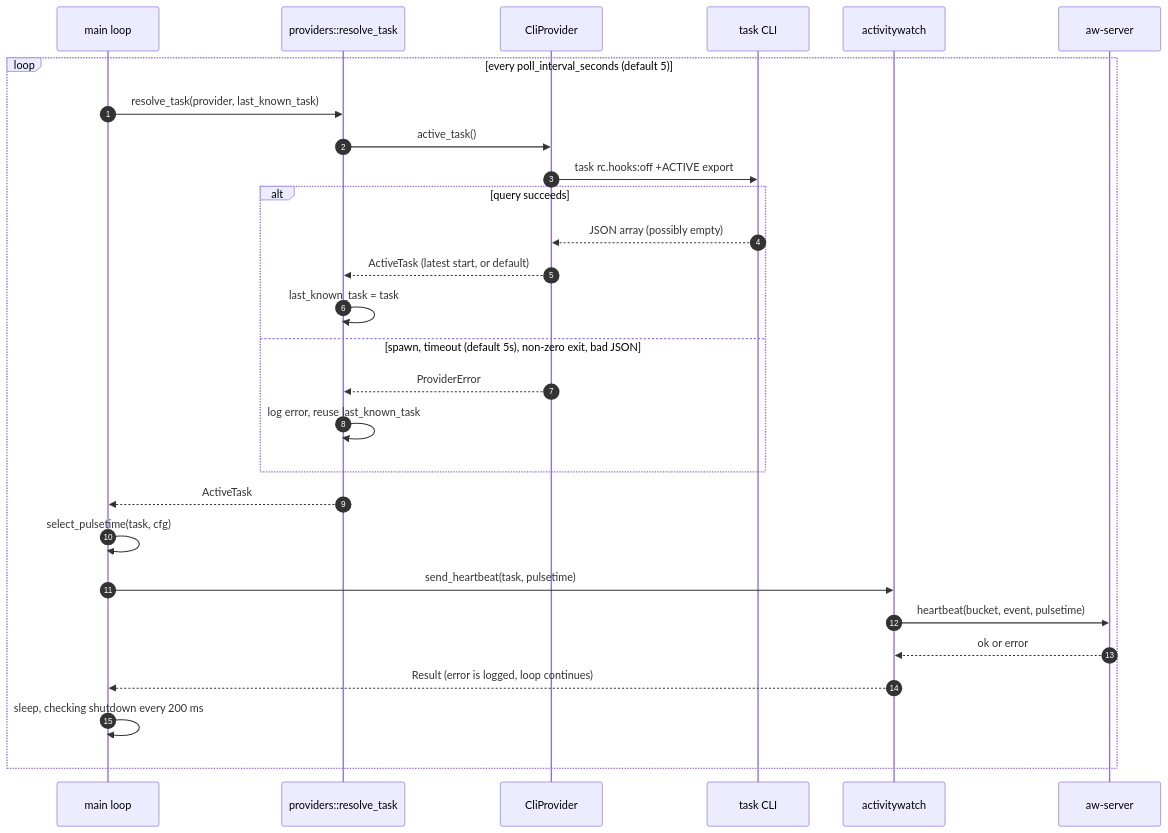
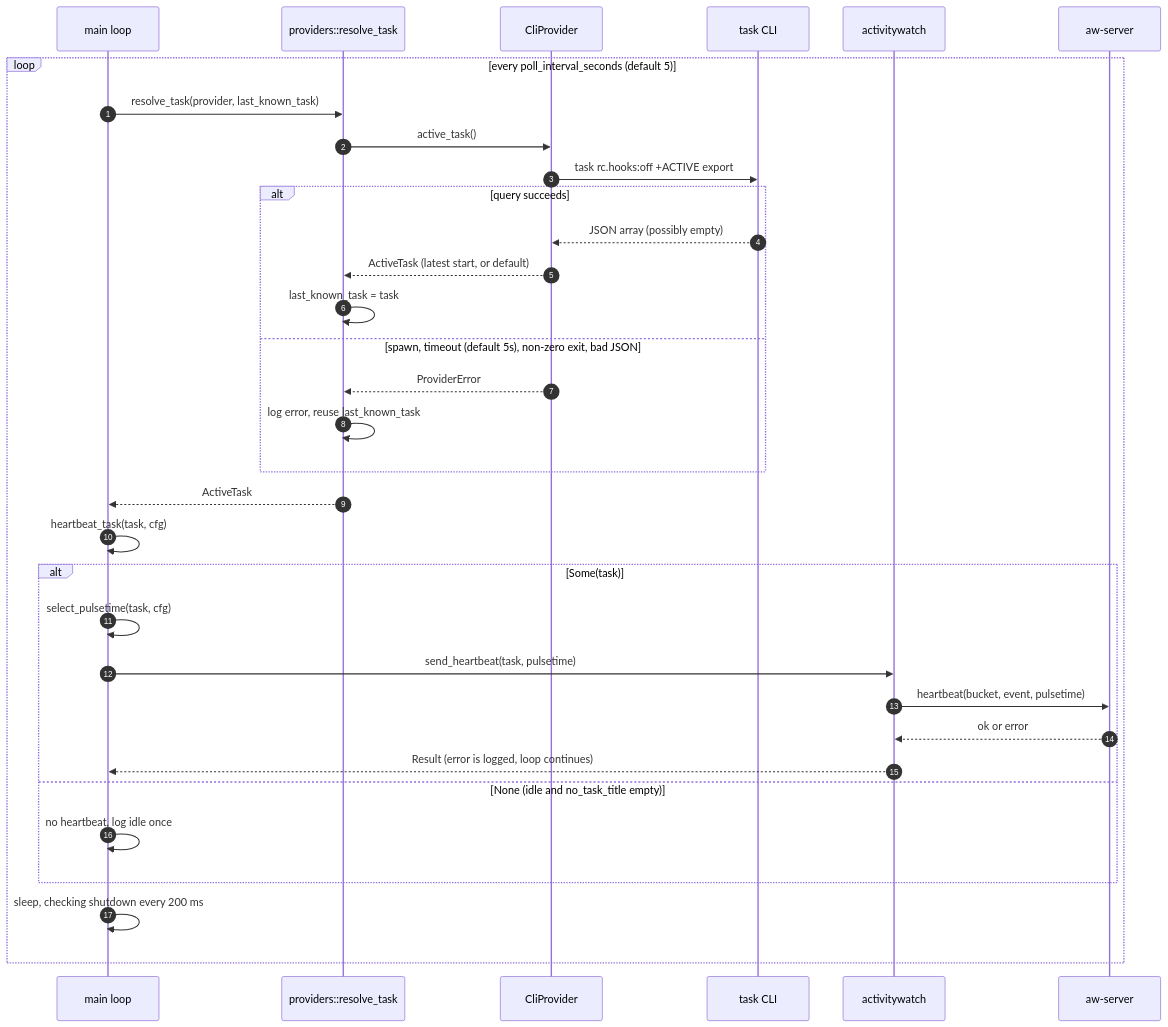
The third of 4 diagrams in docs/architecture.md (emirhg/aw-taskwarrior), drawn with Mermaid before and after one commit. The commit also changed other lines of this file and 5 other files, not shown here.

Commit message:
docs: no heartbeat while idle unless no_task_title is set (REQ-015)

````diff
--- a/docs/architecture.md
+++ b/docs/architecture.md
@@ -52,31 +52,36 @@
 ```mermaid
 sequenceDiagram
     autonumber
     participant M as main loop
     participant P as providers::resolve_task
     participant T as CliProvider
     participant TW as task CLI
     participant A as activitywatch
     participant S as aw-server
 
     loop every poll_interval_seconds (default 5)
         M->>P: resolve_task(provider, last_known_task)
         P->>T: active_task()
         T->>TW: task rc.hooks:off +ACTIVE export
         alt query succeeds
             TW-->>T: JSON array (possibly empty)
             T-->>P: ActiveTask (latest start, or default)
             P->>P: last_known_task = task
         else spawn, timeout (default 5s), non-zero exit, bad JSON
             T-->>P: ProviderError
             P->>P: log error, reuse last_known_task
         end
         P-->>M: ActiveTask
-        M->>M: select_pulsetime(task, cfg)
-        M->>A: send_heartbeat(task, pulsetime)
-        A->>S: heartbeat(bucket, event, pulsetime)
-        S-->>A: ok or error
-        A-->>M: Result (error is logged, loop continues)
+        M->>M: heartbeat_task(task, cfg)
+        alt Some(task)
+            M->>M: select_pulsetime(task, cfg)
+            M->>A: send_heartbeat(task, pulsetime)
+            A->>S: heartbeat(bucket, event, pulsetime)
+            S-->>A: ok or error
+            A-->>M: Result (error is logged, loop continues)
+        else None (idle and no_task_title empty)
+            M->>M: no heartbeat, log idle once
+        end
         M->>M: sleep, checking shutdown every 200 ms
     end
 ```
````
